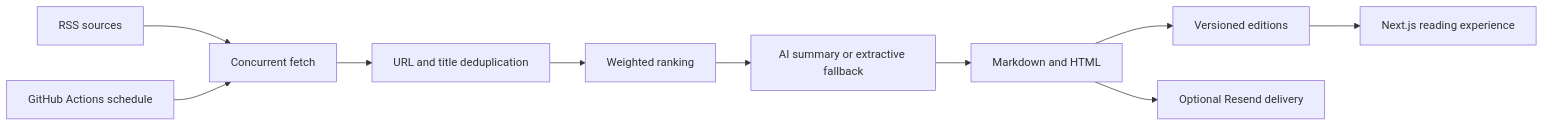
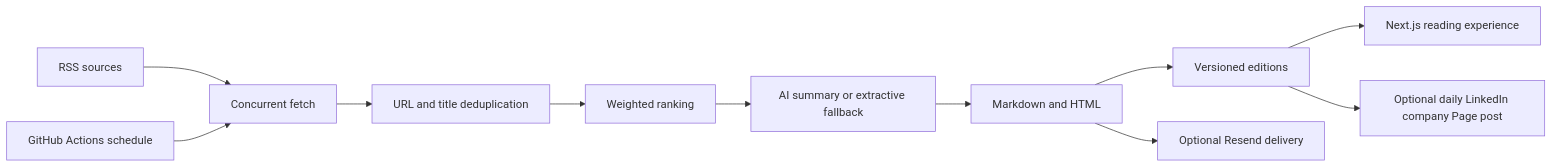
One commit to sgohils/The-Gradient-AI-Newsletter changed the diagram in README.md. Above: the diagram before and after it, drawn with Mermaid. The commit also changed other lines of this file and 21 other files, not shown here.

Commit message:
feat: publish daily LinkedIn company Page briefings alongside YouTube

````diff
--- a/README.md
+++ b/README.md
@@ -56,12 +56,13 @@
 ```mermaid
 flowchart LR
     RSS[RSS sources] --> Fetch[Concurrent fetch]
     Fetch --> Dedupe[URL and title deduplication]
     Dedupe --> Curate[Weighted ranking]
     Curate --> Summarize[AI summary or extractive fallback]
     Summarize --> Publish[Markdown and HTML]
     Publish --> Git[Versioned editions]
     Git --> Web[Next.js reading experience]
     Publish --> Mail[Optional Resend delivery]
+    Git --> LinkedIn[Optional daily LinkedIn company Page post]
     Schedule[GitHub Actions schedule] --> Fetch
 ```
````
